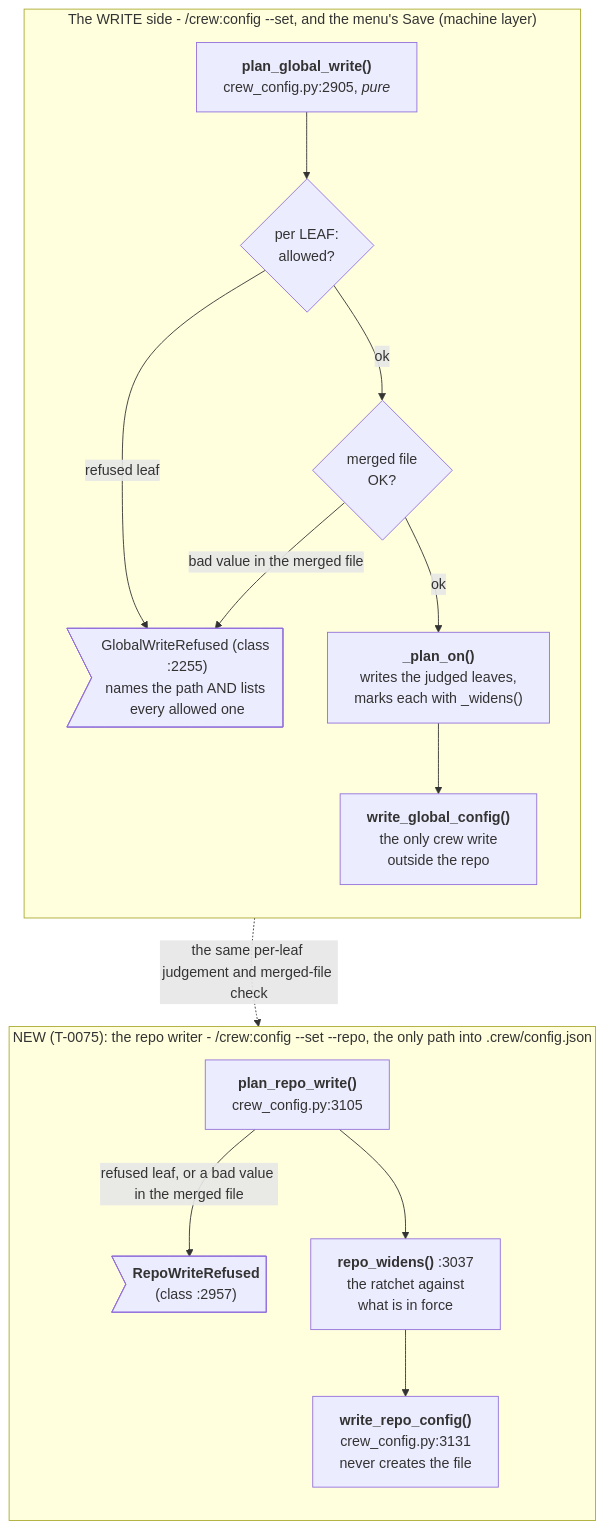
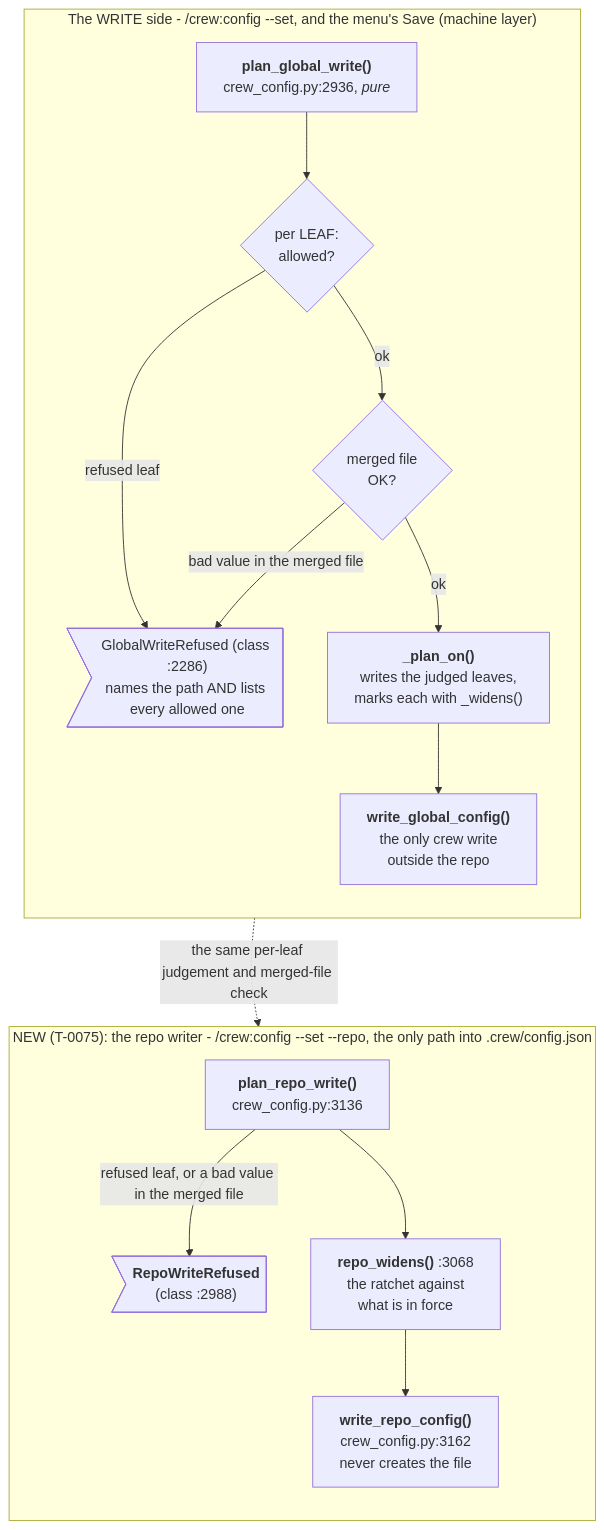
One commit to mbadali25/useful-claude-add-ons changed the tenth of 36 diagrams in docs/diagrams/README.md. Above: the diagram before and after it, drawn with Mermaid. The commit also changed other lines of this file and 9 other files, not shown here.

First line of the commit message:
T-0066: re-point config diagram cites, CONFIG.md measured counts 73/131/58, since-claims to 1.0.330

````diff
--- a/docs/diagrams/README.md
+++ b/docs/diagrams/README.md
@@ -425,31 +425,31 @@
 ```mermaid
 flowchart TB
 
     subgraph Write["The WRITE side - /crew:config --set, and the menu's Save (machine layer)"]
         direction TB
-        PLAN["<b>plan_global_write()</b><br/>crew_config.py:2905, <i>pure</i>"]
+        PLAN["<b>plan_global_write()</b><br/>crew_config.py:2936, <i>pure</i>"]
         ISG{"per LEAF:<br/>allowed?"}
-        REFUSE>"GlobalWriteRefused (class :2255)<br/>names the path AND lists every allowed one"]
+        REFUSE>"GlobalWriteRefused (class :2286)<br/>names the path AND lists every allowed one"]
         MERGED{"merged file<br/>OK?"}
         WIDEN["<b>_plan_on()</b><br/>writes the judged leaves,<br/>marks each with _widens()"]
         WRITE["<b>write_global_config()</b><br/>the only crew write<br/>outside the repo"]
     end
 
     PLAN --> ISG
     ISG -->|"refused leaf"| REFUSE
     ISG -->|ok| MERGED
     MERGED -->|"bad value in the merged file"| REFUSE
     MERGED -->|ok| WIDEN
     WIDEN --> WRITE
     subgraph RepoWrite["NEW (T-0075): the repo writer - /crew:config --set --repo, the only path into .crew/config.json"]
         direction TB
-        RPLAN["<b>plan_repo_write()</b><br/>crew_config.py:3105"]
-        RREF>"<b>RepoWriteRefused</b><br/>(class :2957)"]
-        RWIDEN["<b>repo_widens()</b> :3037<br/>the ratchet against<br/>what is in force"]
-        RWRITE["<b>write_repo_config()</b><br/>crew_config.py:3131<br/>never creates the file"]
+        RPLAN["<b>plan_repo_write()</b><br/>crew_config.py:3136"]
+        RREF>"<b>RepoWriteRefused</b><br/>(class :2988)"]
+        RWIDEN["<b>repo_widens()</b> :3068<br/>the ratchet against<br/>what is in force"]
+        RWRITE["<b>write_repo_config()</b><br/>crew_config.py:3162<br/>never creates the file"]
         RPLAN -->|"refused leaf, or a bad value in the merged file"| RREF
         RPLAN --> RWIDEN --> RWRITE
     end
     ISG -.->|"the same per-leaf judgement and merged-file check"| RPLAN
     MERGED ~~~ RPLAN
 ```
````
